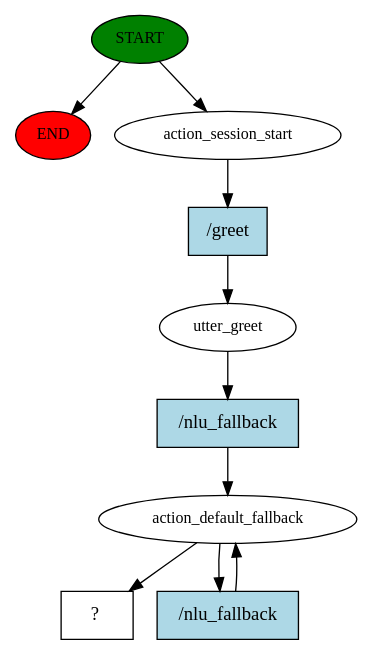
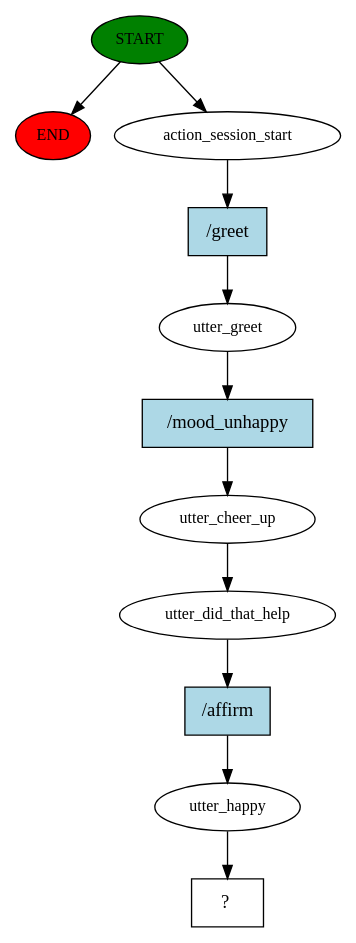
One commit to JRButoto/RCHS-Chatbot changed the diagram in rasabot/story_graph.dot. Above: the diagram before and after it, drawn with Graphviz. The commit also changed 47 other files, not shown here.

```diff
--- a/rasabot/story_graph.dot
+++ b/rasabot/story_graph.dot
@@ -1,20 +1,23 @@
 digraph  {
 0 [class="start active", fillcolor=green, fontsize=12, label=START, style=filled];
 "-1" [class=end, fillcolor=red, fontsize=12, label=END, style=filled];
 1 [class=active, fontsize=12, label=action_session_start];
 2 [class=active, fontsize=12, label=utter_greet];
-3 [class=active, fontsize=12, label=action_default_fallback];
+3 [class=active, fontsize=12, label=utter_cheer_up];
+4 [class=active, fontsize=12, label=utter_did_that_help];
+5 [class=active, fontsize=12, label=utter_happy];
 6 [class="intent dashed active", label="  ?  ", shape=rect];
 7 [class="intent active", fillcolor=lightblue, label="/greet", shape=rect, style=filled];
-8 [class="intent active", fillcolor=lightblue, label="/nlu_fallback", shape=rect, style=filled];
-9 [class="intent active", fillcolor=lightblue, label="/nlu_fallback", shape=rect, style=filled];
+8 [class="intent active", fillcolor=lightblue, label="/mood_unhappy", shape=rect, style=filled];
+9 [class="intent active", fillcolor=lightblue, label="/affirm", shape=rect, style=filled];
 0 -> "-1"  [class="", key=NONE, label=""];
 0 -> 1  [class=active, key=NONE, label=""];
 1 -> 7  [class=active, key=0];
 2 -> 8  [class=active, key=0];
-3 -> 6  [class=active, key=NONE, label=""];
-3 -> 9  [class=active, key=0];
+3 -> 4  [class=active, key=NONE, label=""];
+4 -> 9  [class=active, key=0];
+5 -> 6  [class=active, key=NONE, label=""];
 7 -> 2  [class=active, key=0];
 8 -> 3  [class=active, key=0];
-9 -> 3  [class=active, key=0];
+9 -> 5  [class=active, key=0];
 }
```
